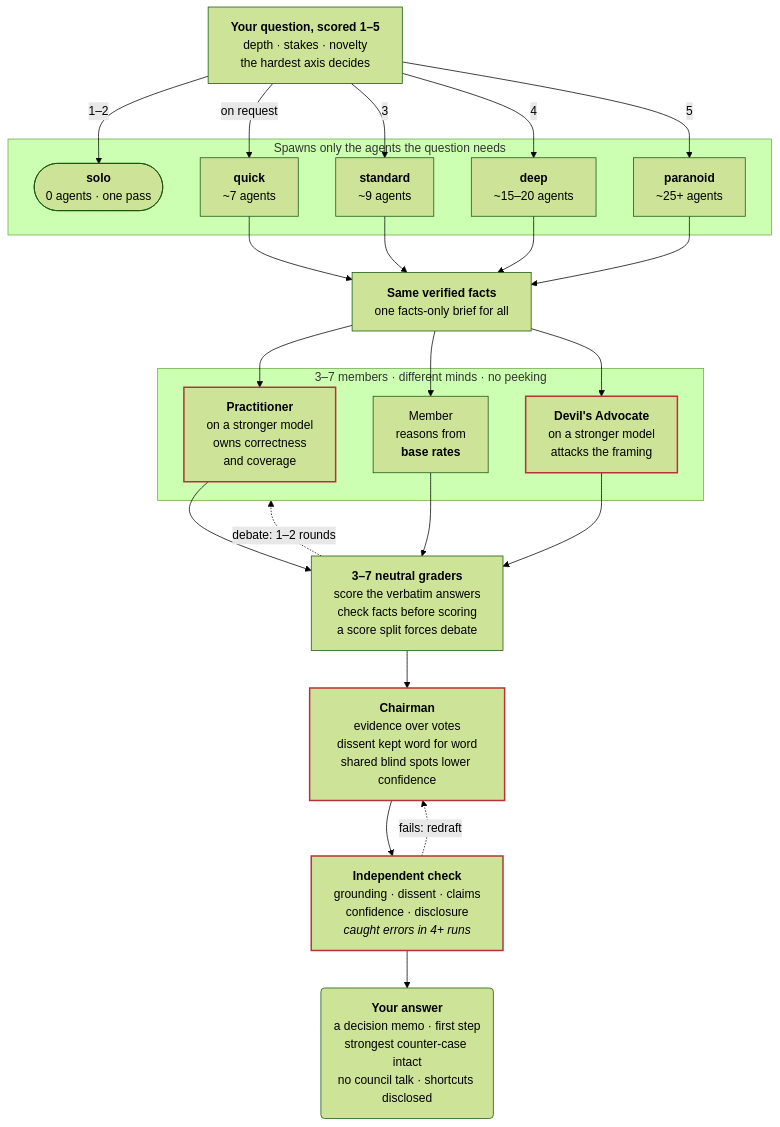
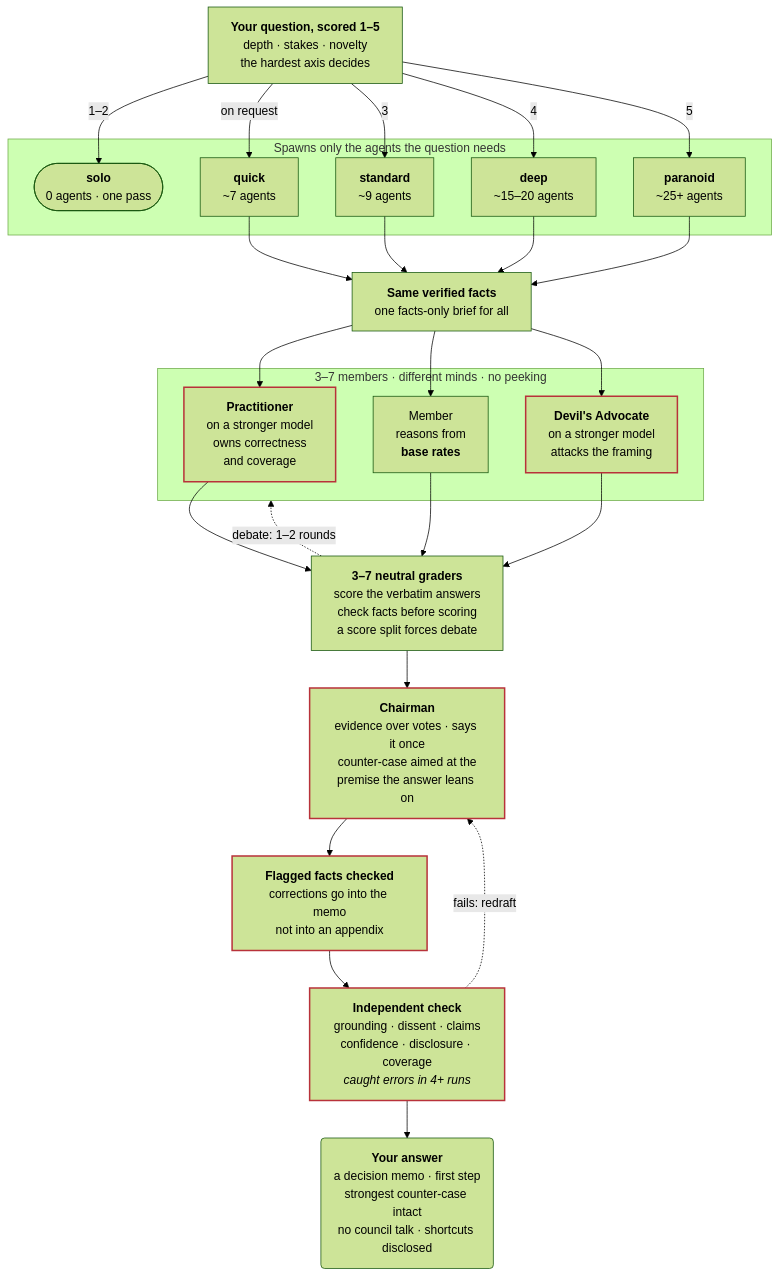
Before and after one commit to Ali-expandings/wise-men: the diagram in README.md, drawn with Mermaid (forest theme). The commit also changed other lines of this file and 9 other files, not shown here.

First line of the commit message:
3.12.0: verify before the check, a counter-position chosen by aim, calibrated tags, say it once

````diff
--- a/README.md
+++ b/README.md
@@ -211,32 +211,33 @@
 ```mermaid
 flowchart TB
     Q["<b>Your question, scored 1–5</b><br/>depth · stakes · novelty<br/>the hardest axis decides"]
     Q -->|"1–2"| T0
     Q -->|"on request"| T1
     Q -->|"3"| T2
     Q -->|"4"| T3
     Q -->|"5"| T4
     subgraph tiers["Spawns only the agents the question needs"]
         T0(["<b>solo</b><br/>0 agents · one pass"])
         T1["<b>quick</b><br/>~7 agents"]
         T2["<b>standard</b><br/>~9 agents"]
         T3["<b>deep</b><br/>~15–20 agents"]
         T4["<b>paranoid</b><br/>~25+ agents"]
     end
     T1 & T2 & T3 & T4 --> B["<b>Same verified facts</b><br/>one facts-only brief for all"]
     B --> M1 & M2 & M3
     subgraph council["3–7 members · different minds · no peeking"]
         M1["<b>Practitioner</b><br/>on a stronger model<br/>owns correctness<br/>and coverage"]
         M2["Member<br/>reasons from<br/><b>base rates</b>"]
         M3["<b>Devil's Advocate</b><br/>on a stronger model<br/>attacks the framing"]
     end
     M1 & M2 & M3 --> G["<b>3–7 neutral graders</b><br/>score the verbatim answers<br/>check facts before scoring<br/>a score split forces debate"]
     G -.->|"debate: 1–2 rounds"| council
-    G --> C["<b>Chairman</b><br/>evidence over votes<br/>dissent kept word for word<br/>shared blind spots lower confidence"]
-    C --> K["<b>Independent check</b><br/>grounding · dissent · claims<br/>confidence · disclosure<br/><i>caught errors in 4+ runs</i>"]
+    G --> C["<b>Chairman</b><br/>evidence over votes · says it once<br/>counter-case aimed at the<br/>premise the answer leans on"]
+    C --> V["<b>Flagged facts checked</b><br/>corrections go into the memo<br/>not into an appendix"]
+    V --> K["<b>Independent check</b><br/>grounding · dissent · claims<br/>confidence · disclosure · coverage<br/><i>caught errors in 4+ runs</i>"]
     K -.->|"fails: redraft"| C
     K --> A("<b>Your answer</b><br/>a decision memo · first step<br/>strongest counter-case intact<br/>no council talk · shortcuts disclosed")
 
     classDef key stroke:#b8323a,stroke-width:2px
-    class M1,M3,C,K key
+    class M1,M3,C,V,K key
 ```
````
